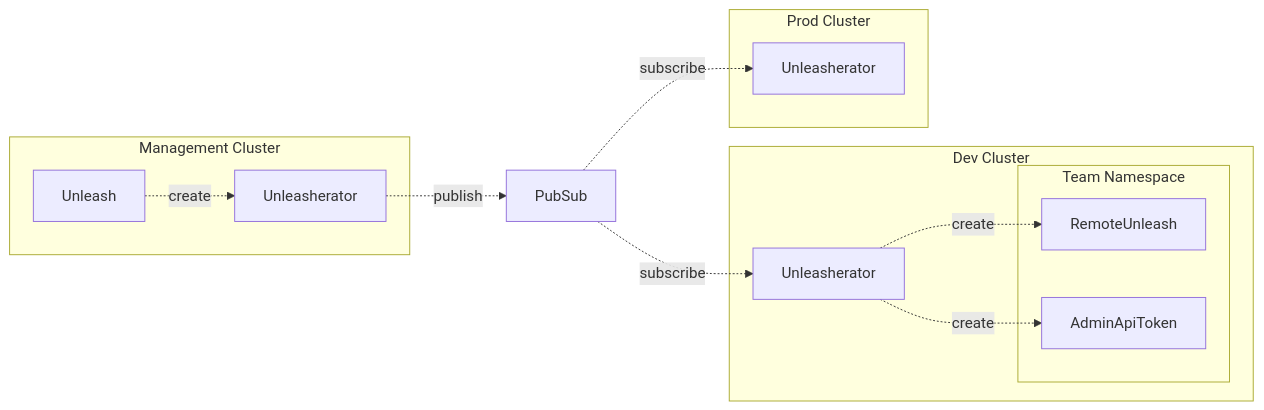
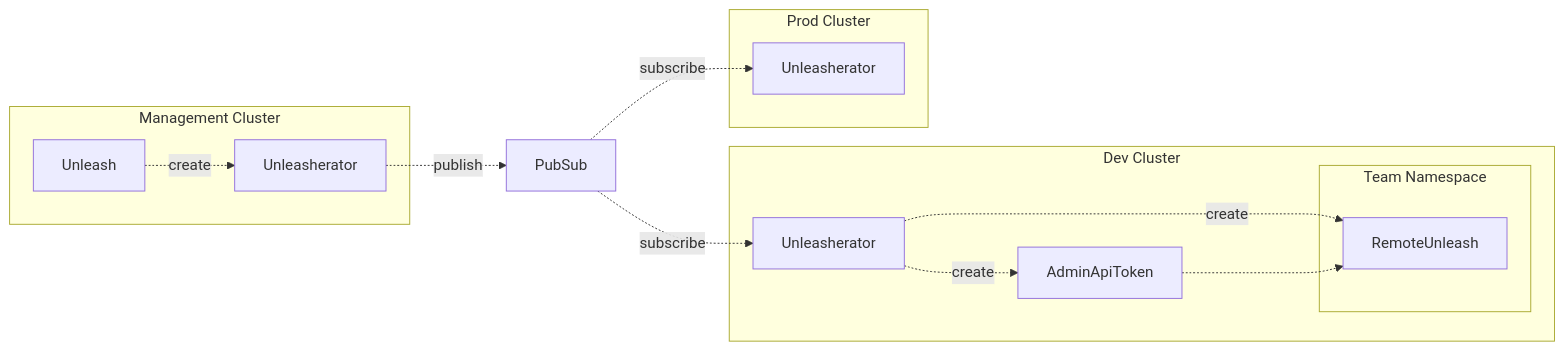
Before and after one commit to nais/unleasherator: the diagram in docs/federation.md, drawn with Mermaid. The commit also changed 4 other files, not shown here.

Commit message:
Update all Unleash apiVersions

````diff
--- a/docs/federation.md
+++ b/docs/federation.md
@@ -5,31 +5,33 @@
 ```mermaid
 graph LR
   pubsub[PubSub]
 
   subgraph Management Cluster
     mng-unleasherator[Unleasherator]
     mng-team-a-unleash[Unleash]
   end
 
   subgraph Dev Cluster
     dev-unleasherator[Unleasherator]
+    dev-team-a-unleash-token[AdminApiToken]
 
     subgraph team-a-dev[Team Namespace]
       dev-team-a-unleash[RemoteUnleash]
-      dev-team-a-unleash-token[AdminApiToken]
     end
   end
 
   subgraph Prod Cluster
     prod-unleasherator[Unleasherator]
   end
 
   mng-team-a-unleash-.create.->mng-unleasherator
 
   mng-unleasherator-.publish.->pubsub
   pubsub-.subscribe.->dev-unleasherator
   pubsub-.subscribe.->prod-unleasherator
 
   dev-unleasherator-.create.->dev-team-a-unleash
   dev-unleasherator-.create.->dev-team-a-unleash-token
+
+  dev-team-a-unleash-token-..->dev-team-a-unleash
 ```
````
